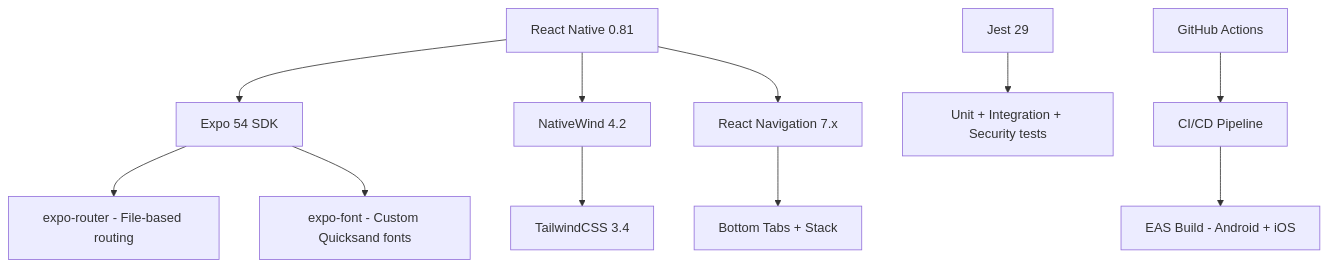
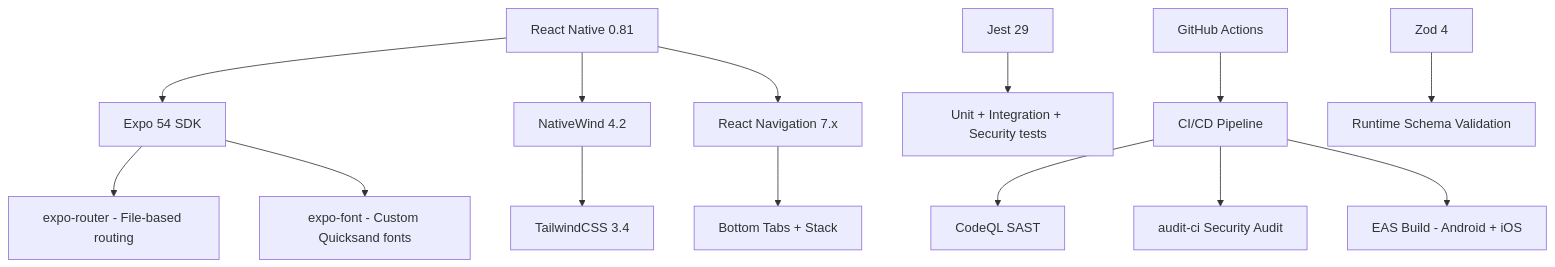
One commit to mvdevelop/food-app changed the diagram in README.md. Above: the diagram before and after it, drawn with Mermaid. The commit also changed other lines of this file and 3 other files, not shown here.

````diff
--- a/README.md
+++ b/README.md
@@ -56,13 +45,16 @@
 ```mermaid
 graph TD
     A[React Native 0.81] --> B[Expo 54 SDK]
     B --> C[expo-router - File-based routing]
     B --> D[expo-font - Custom Quicksand fonts]
     A --> E[NativeWind 4.2]
     E --> F[TailwindCSS 3.4]
     A --> G[React Navigation 7.x]
     G --> H[Bottom Tabs + Stack]
     I[Jest 29] --> J[Unit + Integration + Security tests]
     K[GitHub Actions] --> L[CI/CD Pipeline]
-    L --> M[EAS Build - Android + iOS]
+    L --> M[CodeQL SAST]
+    L --> N[audit-ci Security Audit]
+    L --> O[EAS Build - Android + iOS]
+    P[Zod 4] --> Q[Runtime Schema Validation]
 ```
````
